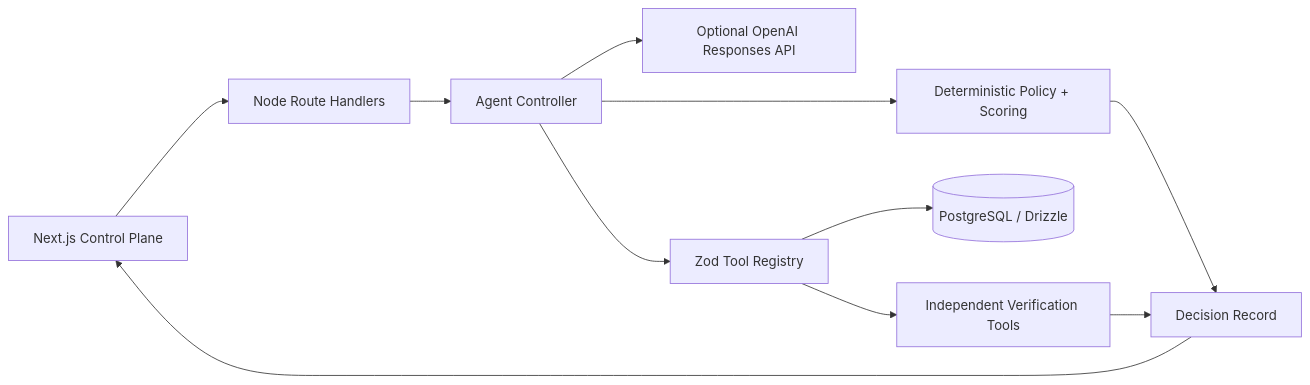
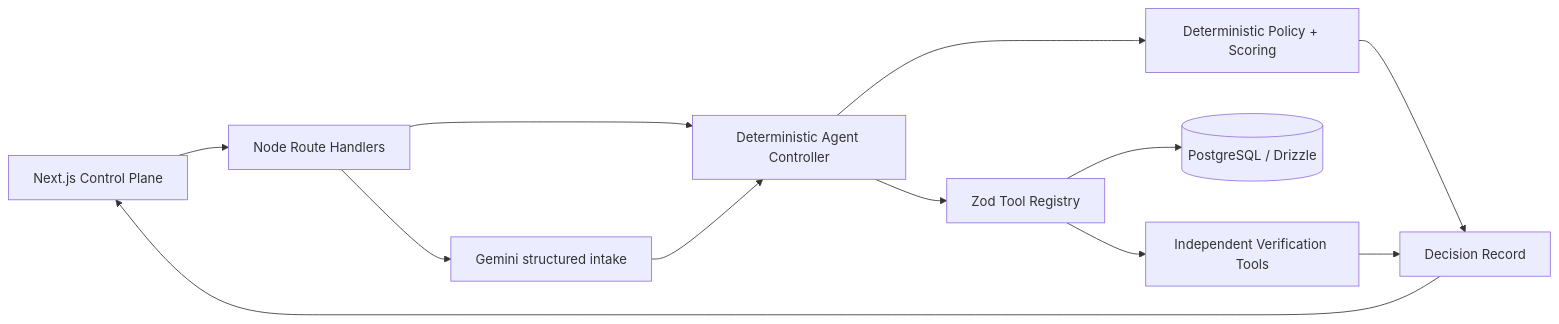
The diagram in README.md (Arawal123/resolvex-agentic-commerce), drawn with Mermaid before and after one commit. The commit also changed other lines of this file and 41 other files, not shown here.

````diff
--- a/README.md
+++ b/README.md
@@ -31,13 +32,14 @@
 ```mermaid
 flowchart LR
   UI[Next.js Control Plane] --> API[Node Route Handlers]
-  API --> C[Agent Controller]
-  C --> L[Optional OpenAI Responses API]
+  API --> G[Gemini structured intake]
+  API --> C[Deterministic Agent Controller]
+  G --> C
   C --> P[Deterministic Policy + Scoring]
   C --> T[Zod Tool Registry]
   T --> DB[(PostgreSQL / Drizzle)]
   T --> V[Independent Verification Tools]
   P --> D[Decision Record]
   V --> D
   D --> UI
 ```
````
